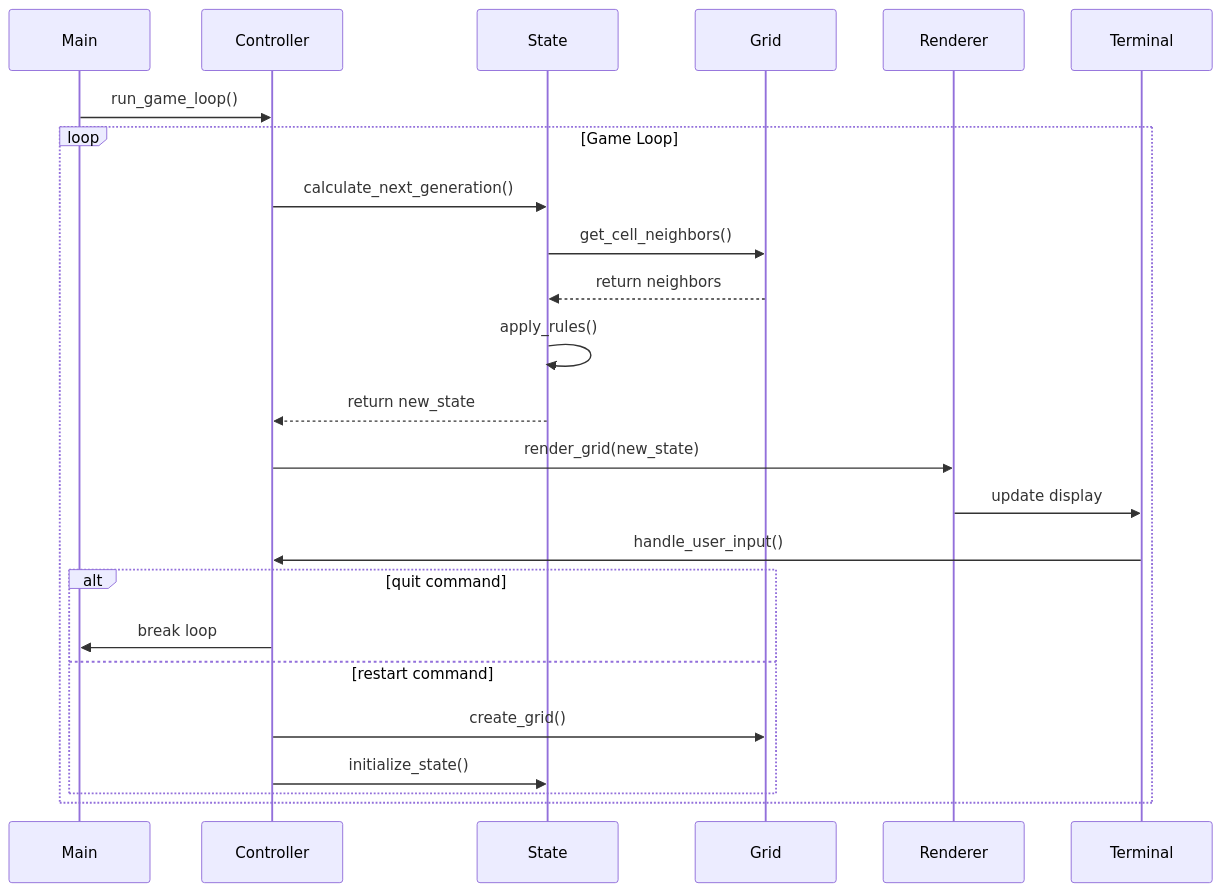
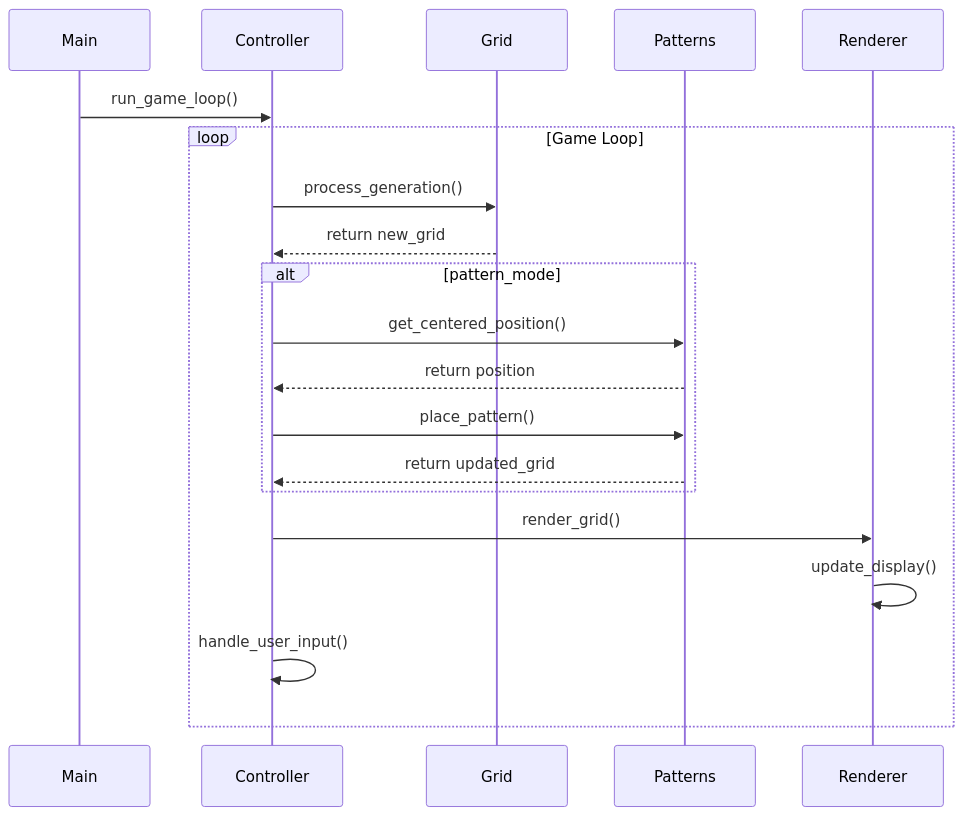
Before and after one commit to dewe/py-gol: the second of 6 diagrams in docs/diagrams.md, drawn with Mermaid. The commit also changed other lines of this file and 3 other files, not shown here.

First line of the commit message:
docs(architecture): update documentation to reflect functional implementation

````diff
--- a/docs/diagrams.md
+++ b/docs/diagrams.md
@@ -31,27 +26,23 @@
 ```mermaid
 sequenceDiagram
     participant Main
     participant Controller
-    participant State
     participant Grid
+    participant Patterns
     participant Renderer
-    participant Terminal
     
     Main->>Controller: run_game_loop()
     loop Game Loop
-        Controller->>State: calculate_next_generation()
-        State->>Grid: get_cell_neighbors()
-        Grid-->>State: return neighbors
-        State->>State: apply_rules()
-        State-->>Controller: return new_state
-        Controller->>Renderer: render_grid(new_state)
-        Renderer->>Terminal: update display
-        Terminal->>Controller: handle_user_input()
-        alt quit command
-            Controller->>Main: break loop
-        else restart command
-            Controller->>Grid: create_grid()
-            Controller->>State: initialize_state()
+        Controller->>Grid: process_generation()
+        Grid-->>Controller: return new_grid
+        alt pattern_mode
+            Controller->>Patterns: get_centered_position()
+            Patterns-->>Controller: return position
+            Controller->>Patterns: place_pattern()
+            Patterns-->>Controller: return updated_grid
         end
+        Controller->>Renderer: render_grid()
+        Renderer->>Renderer: update_display()
+        Controller->>Controller: handle_user_input()
     end
 ```
````
